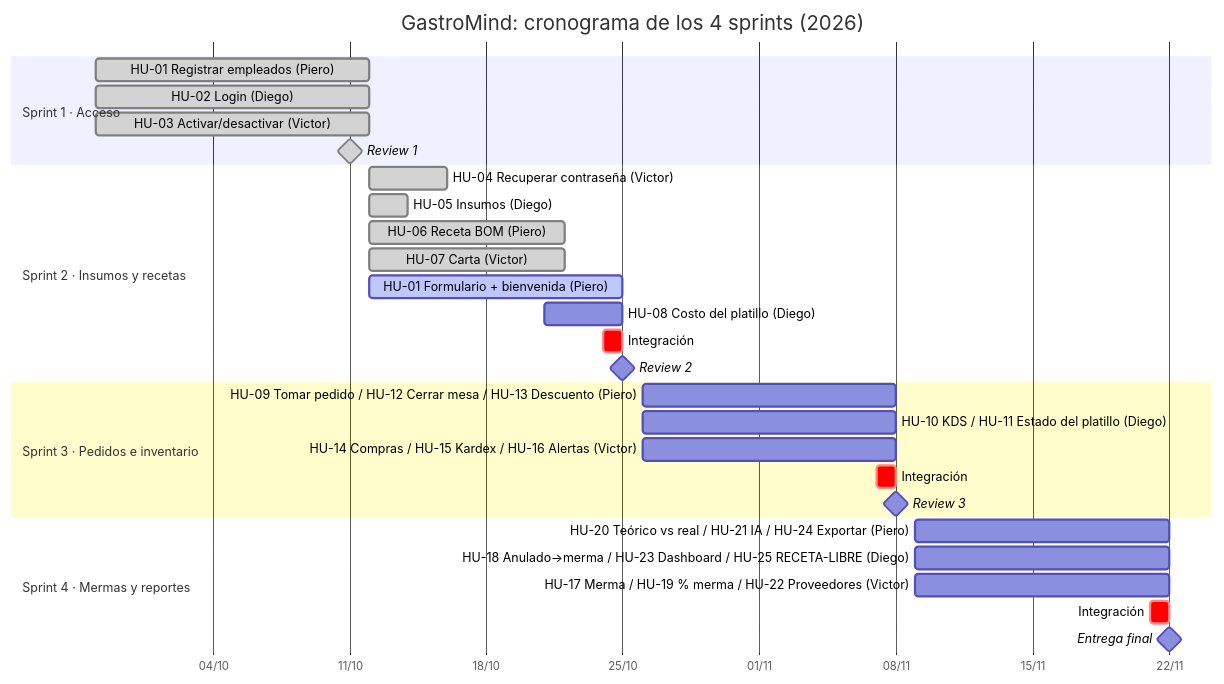
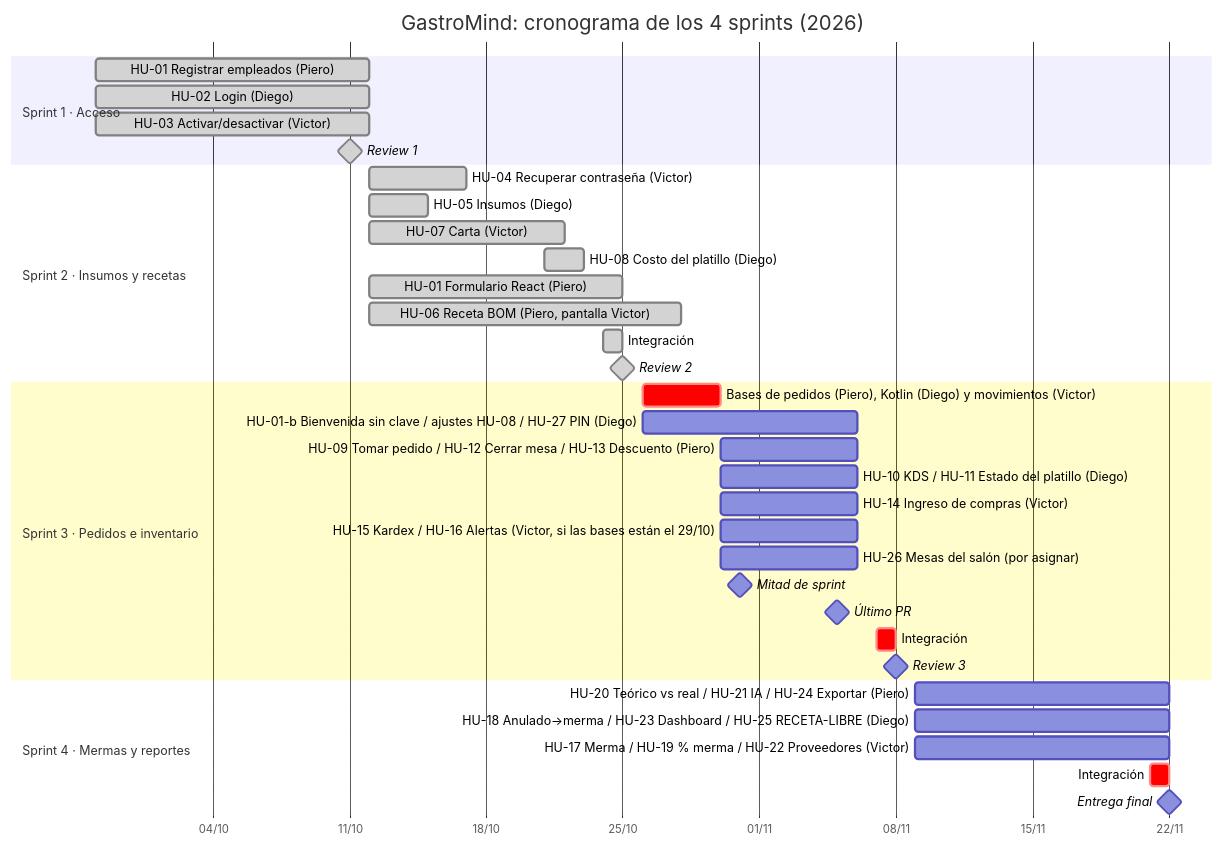
One commit to diegoz-netizen/GastroMind-SpringBoot changed the diagram in docs/cronograma.md. Above: the diagram before and after it, drawn with Mermaid. The commit also changed other lines of this file and 2 other files, not shown here.

Commit message:
docs: correcciones de la revision del pr 28
MER con todas las columnas del script, arquitectura con el secreto JWT compartido, mermas en Spring y cronograma al dia con la planning 3.

````diff
--- a/docs/cronograma.md
+++ b/docs/cronograma.md
@@ -7,37 +7,43 @@
 ```mermaid
 gantt
   title GastroMind: cronograma de los 4 sprints (2026)
   dateFormat YYYY-MM-DD
   axisFormat %d/%m
   todayMarker off
 
   section Sprint 1 · Acceso
-  HU-01 Registrar empleados (Piero)         :done, s1a, 2026-09-28, 2026-10-12
-  HU-02 Login (Diego)                       :done, s1b, 2026-09-28, 2026-10-12
-  HU-03 Activar/desactivar (Victor)         :done, s1c, 2026-09-28, 2026-10-12
+  HU-01 Registrar empleados (Piero)         :done, s1a, 2026-09-28, 14d
+  HU-02 Login (Diego)                       :done, s1b, 2026-09-28, 14d
+  HU-03 Activar/desactivar (Victor)         :done, s1c, 2026-09-28, 14d
   Review 1                                  :milestone, done, r1, 2026-10-11, 0d
 
   section Sprint 2 · Insumos y recetas
-  HU-04 Recuperar contraseña (Victor)       :done, s2a, 2026-10-12, 2026-10-16
-  HU-05 Insumos (Diego)                     :done, s2b, 2026-10-12, 2026-10-14
-  HU-06 Receta BOM (Piero)                  :done, s2c, 2026-10-12, 2026-10-22
+  HU-04 Recuperar contraseña (Victor)       :done, s2a, 2026-10-12, 2026-10-17
+  HU-05 Insumos (Diego)                     :done, s2b, 2026-10-12, 2026-10-15
   HU-07 Carta (Victor)                      :done, s2d, 2026-10-12, 2026-10-22
-  HU-01 Formulario + bienvenida (Piero)     :active, s2e, 2026-10-12, 2026-10-25
-  HU-08 Costo del platillo (Diego)          :s2f, 2026-10-21, 2026-10-25
-  Integración                               :crit, i2, 2026-10-24, 1d
-  Review 2                                  :milestone, r2, 2026-10-25, 0d
+  HU-08 Costo del platillo (Diego)          :done, s2f, 2026-10-21, 2026-10-23
+  HU-01 Formulario React (Piero)            :done, s2e, 2026-10-12, 2026-10-25
+  HU-06 Receta BOM (Piero, pantalla Victor) :done, s2c, 2026-10-12, 2026-10-28
+  Integración                               :done, i2, 2026-10-24, 1d
+  Review 2                                  :milestone, done, r2, 2026-10-25, 0d
 
   section Sprint 3 · Pedidos e inventario
-  HU-09 Tomar pedido / HU-12 Cerrar mesa / HU-13 Descuento (Piero) :s3a, 2026-10-26, 2026-11-08
-  HU-10 KDS / HU-11 Estado del platillo (Diego)                    :s3b, 2026-10-26, 2026-11-08
-  HU-14 Compras / HU-15 Kardex / HU-16 Alertas (Victor)            :s3c, 2026-10-26, 2026-11-08
+  Bases de pedidos (Piero), Kotlin (Diego) y movimientos (Victor)  :crit, s3z, 2026-10-26, 2026-10-30
+  HU-01-b Bienvenida sin clave / ajustes HU-08 / HU-27 PIN (Diego)  :s3d, 2026-10-26, 2026-11-06
+  HU-09 Tomar pedido / HU-12 Cerrar mesa / HU-13 Descuento (Piero)  :s3a, 2026-10-30, 2026-11-06
+  HU-10 KDS / HU-11 Estado del platillo (Diego)                     :s3b, 2026-10-30, 2026-11-06
+  HU-14 Ingreso de compras (Victor)                                 :s3c, 2026-10-30, 2026-11-06
+  HU-15 Kardex / HU-16 Alertas (Victor, si las bases están el 29/10) :s3e, 2026-10-30, 2026-11-06
+  HU-26 Mesas del salón (por asignar)                               :s3f, 2026-10-30, 2026-11-06
+  Mitad de sprint                           :milestone, m3, 2026-10-31, 0d
+  Último PR                                 :milestone, u3, 2026-11-05, 0d
   Integración                               :crit, i3, 2026-11-07, 1d
   Review 3                                  :milestone, r3, 2026-11-08, 0d
 
   section Sprint 4 · Mermas y reportes
   HU-20 Teórico vs real / HU-21 IA / HU-24 Exportar (Piero)        :s4a, 2026-11-09, 2026-11-22
   HU-18 Anulado→merma / HU-23 Dashboard / HU-25 RECETA-LIBRE (Diego) :s4b, 2026-11-09, 2026-11-22
   HU-17 Merma / HU-19 % merma / HU-22 Proveedores (Victor)         :s4c, 2026-11-09, 2026-11-22
   Integración                               :crit, i4, 2026-11-21, 1d
   Entrega final                             :milestone, r4, 2026-11-22, 0d
 ```
````
